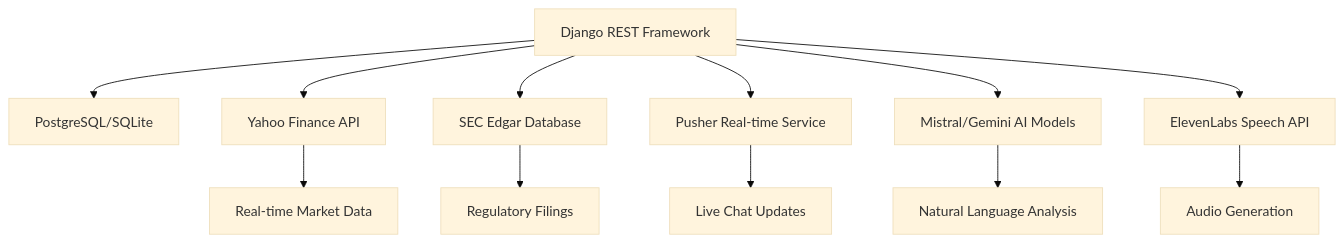
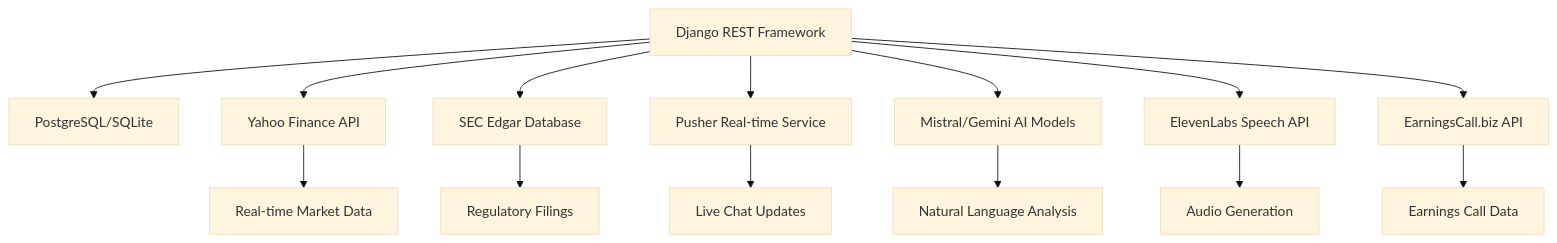
Before and after one commit to oam-mit/ai_financial_analyst: the first of 4 diagrams in README.md, drawn with Mermaid (base theme). The commit also changed other lines of this file, not shown here.

````diff
--- a/README.md
+++ b/README.md
@@ -30,14 +31,16 @@
 ```mermaid
 graph TD
     A[Django REST Framework] --> B[PostgreSQL/SQLite]
     A --> C[Yahoo Finance API]
     A --> D[SEC Edgar Database]
     A --> E[Pusher Real-time Service]
     A --> F[Mistral/Gemini AI Models]
     A --> K[ElevenLabs Speech API]
+    A --> M[EarningsCall.biz API]
     C --> G[Real-time Market Data]
     D --> H[Regulatory Filings]
     E --> I[Live Chat Updates]
     F --> J[Natural Language Analysis]
     K --> L[Audio Generation]
+    M --> N[Earnings Call Data]
 ```
````
